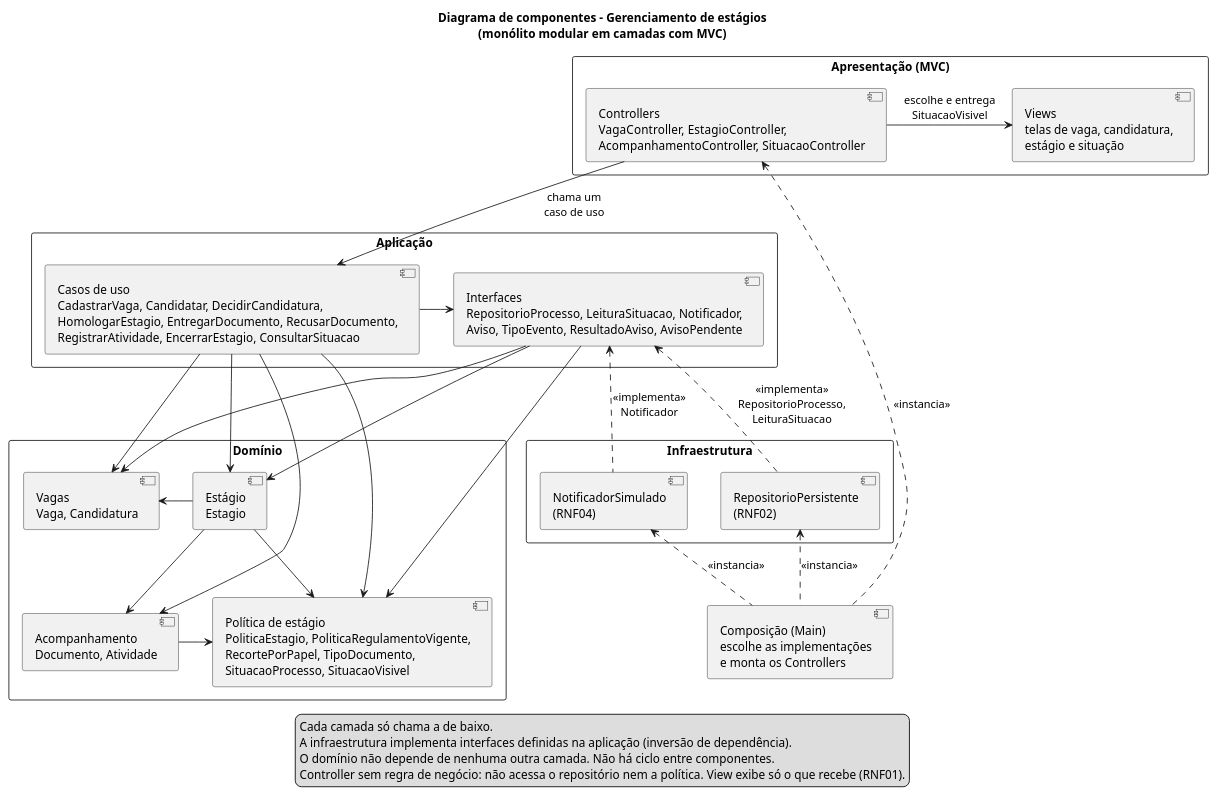
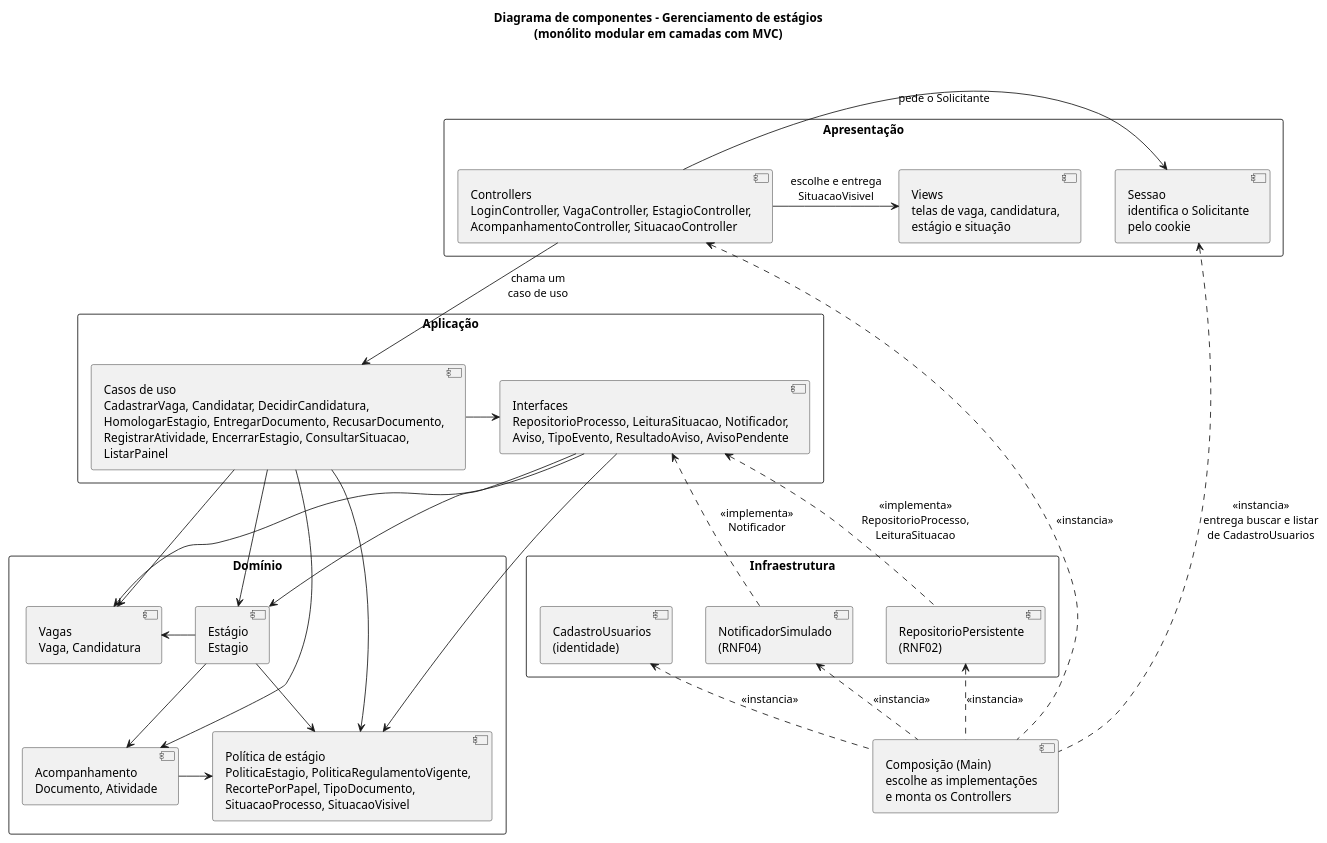
Before and after one commit to sofiawl/SoftwareDesign: the diagram in docs/diagramas/componentes.puml, drawn with PlantUML. The commit also changed 6 other files, not shown here.

Commit message:
docs: update diagrams names

```diff
--- a/docs/diagramas/componentes.puml
+++ b/docs/diagramas/componentes.puml
@@ -1,68 +1,67 @@
 @startuml componentes
 title Diagrama de componentes - Gerenciamento de estágios\n(monólito modular em camadas com MVC)
 skinparam componentStyle uml2
 skinparam packageStyle rectangle
 skinparam nodesep 40
 skinparam ranksep 60
 top to bottom direction
 
-package "Apresentação (MVC)" {
-  component "Controllers\nVagaController, EstagioController,\nAcompanhamentoController, SituacaoController" as Ctrl
+package "Apresentação" {
+  component "Controllers\nLoginController, VagaController, EstagioController,\nAcompanhamentoController, SituacaoController" as Ctrl
+  component "Sessao\nidentifica o Solicitante\npelo cookie" as Sessao
   component "Views\ntelas de vaga, candidatura,\nestágio e situação" as Views
 }
 
 package "Aplicação" {
-  component "Casos de uso\nCadastrarVaga, Candidatar, DecidirCandidatura,\nHomologarEstagio, EntregarDocumento, RecusarDocumento,\nRegistrarAtividade, EncerrarEstagio, ConsultarSituacao" as UC
+  component "Casos de uso\nCadastrarVaga, Candidatar, DecidirCandidatura,\nHomologarEstagio, EntregarDocumento, RecusarDocumento,\nRegistrarAtividade, EncerrarEstagio, ConsultarSituacao,\nListarPainel" as UC
   component "Interfaces\nRepositorioProcesso, LeituraSituacao, Notificador,\nAviso, TipoEvento, ResultadoAviso, AvisoPendente" as Intf
 }
 
 package "Domínio" {
   component "Vagas\nVaga, Candidatura" as Vagas
   component "Estágio\nEstagio" as Estagio
   component "Acompanhamento\nDocumento, Atividade" as Acomp
   component "Política de estágio\nPoliticaEstagio, PoliticaRegulamentoVigente,\nRecortePorPapel, TipoDocumento,\nSituacaoProcesso, SituacaoVisivel" as Pol
 }
 
 package "Infraestrutura" {
   component "RepositorioPersistente\n(RNF02)" as Repo
   component "NotificadorSimulado\n(RNF04)" as Notif
+  component "CadastroUsuarios\n(identidade)" as Cadastro
 }
 
 component "Composição (Main)\nescolhe as implementações\ne monta os Controllers" as Main
 
 ' ---------- Apresentação -> Aplicação ----------
 Ctrl -right-> Views : escolhe e entrega\nSituacaoVisivel
 Ctrl -down-> UC : chama um\ncaso de uso
+Ctrl -right-> Sessao : pede o Solicitante
 
 ' ---------- Aplicação -> Domínio ----------
 UC -right-> Intf
 UC -down-> Vagas
 UC -down-> Estagio
 UC -down-> Acomp
 UC -down-> Pol
 Intf -down-> Vagas
 Intf -down-> Estagio
 Intf -down-> Pol
 
 ' ---------- Dentro do Domínio ----------
 Estagio -left-> Vagas
 Estagio -down-> Acomp
 Estagio -down-> Pol
 Acomp -right-> Pol
 
 ' ---------- Infraestrutura implementa a Aplicação ----------
 Repo .up.> Intf : <<implementa>>\nRepositorioProcesso,\nLeituraSituacao
 Notif .up.> Intf : <<implementa>>\nNotificador
 
 ' ---------- Composição ----------
 Main .up.> Repo : <<instancia>>
 Main .up.> Notif : <<instancia>>
+Main .up.> Cadastro : <<instancia>>
+Main .up.> Sessao : <<instancia>>\nentrega buscar e listar\nde CadastroUsuarios
 Main .up.> Ctrl : <<instancia>>
 
-legend bottom
-  Cada camada só chama a de baixo.
-  A infraestrutura implementa interfaces definidas na aplicação (inversão de dependência).
-  O domínio não depende de nenhuma outra camada. Não há ciclo entre componentes.
-  Controller sem regra de negócio: não acessa o repositório nem a política. View exibe só o que recebe (RNF01).
-endlegend
 @enduml
```
